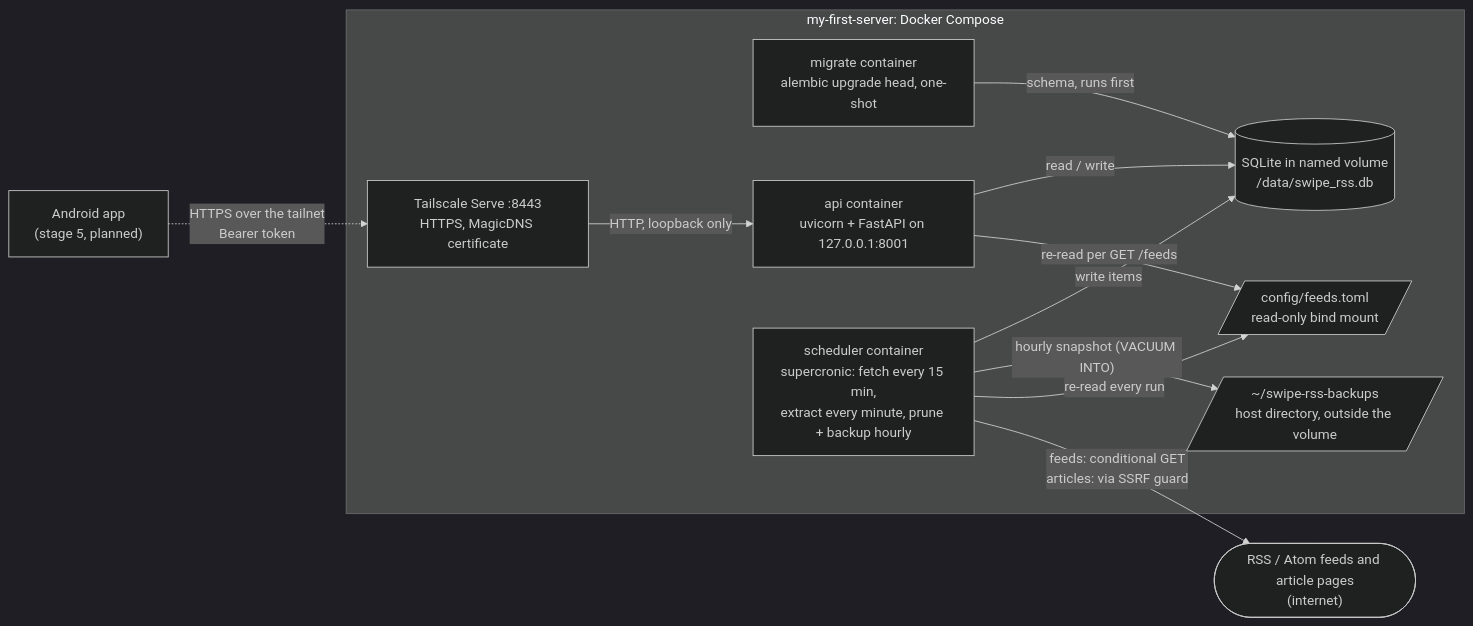
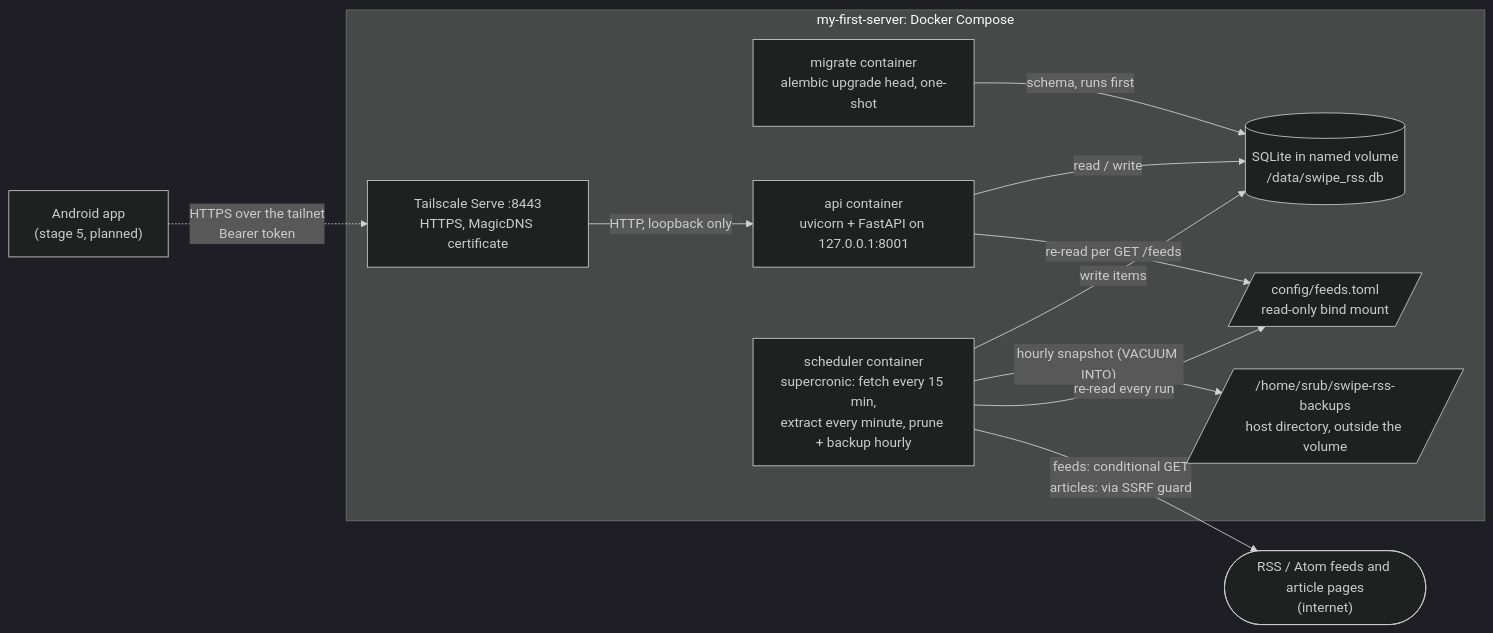
Before and after one commit to shanirub/swipe-rss-reader: the first of 18 diagrams in docs/architecture.md, drawn with Mermaid (dark theme). The commit also changed 6 other files, not shown here.

````diff
--- a/docs/architecture.md
+++ b/docs/architecture.md
@@ -27,25 +27,25 @@
 ```mermaid
 flowchart LR
     feeds(["RSS / Atom feeds and article pages<br/>(internet)"])
     app["Android app<br/>(stage 5, planned)"]
 
     subgraph server["my-first-server: Docker Compose"]
         migrate["migrate container<br/>alembic upgrade head, one-shot"]
         serve["Tailscale Serve :8443<br/>HTTPS, MagicDNS certificate"]
         api["api container<br/>uvicorn + FastAPI on 127.0.0.1:8001"]
         db[("SQLite in named volume<br/>/data/swipe_rss.db")]
         sched["scheduler container<br/>supercronic: fetch every 15 min,<br/>extract every minute, prune + backup hourly"]
-        bak[/"~/swipe-rss-backups<br/>host directory, outside the volume"/]
+        bak[/"/home/srub/swipe-rss-backups<br/>host directory, outside the volume"/]
         cfg[/"config/feeds.toml<br/>read-only bind mount"/]
     end
 
     migrate -- "schema, runs first" --> db
     app -. "HTTPS over the tailnet<br/>Bearer token" .-> serve
     serve -- "HTTP, loopback only" --> api
     api -- "read / write" --> db
     sched -- "write items" --> db
     sched -- "hourly snapshot (VACUUM INTO)" --> bak
     sched -- "re-read every run" --> cfg
     api -- "re-read per GET /feeds" --> cfg
     sched -- "feeds: conditional GET<br/>articles: via SSRF guard" --> feeds
 ```
````
